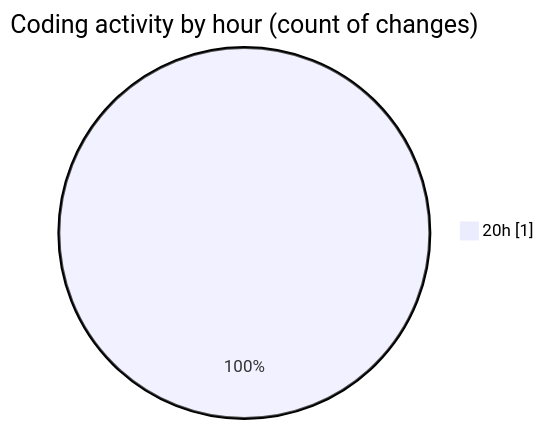
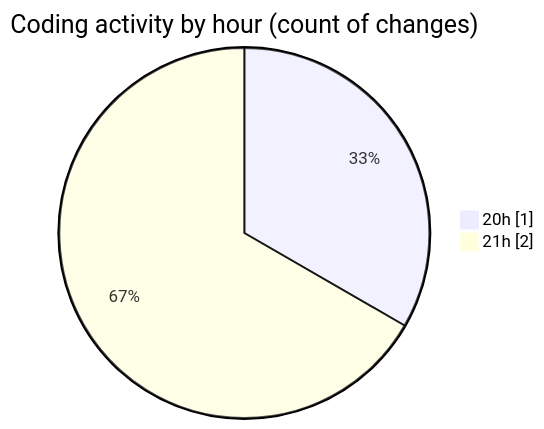
Before and after one commit to donsfak/code-tracking: the second of 2 diagrams in 2025-02-06/portofolio/README.md, drawn with Mermaid. The commit also changed other lines of this file and 1 other file, not shown here.

````diff
--- a/2025-02-06/portofolio/README.md
+++ b/2025-02-06/portofolio/README.md
@@ -28,5 +30,6 @@
 ```mermaid
 pie showData
 title Coding activity by hour (count of changes)
 "20h" : 1
+"21h" : 2
 ```
````
